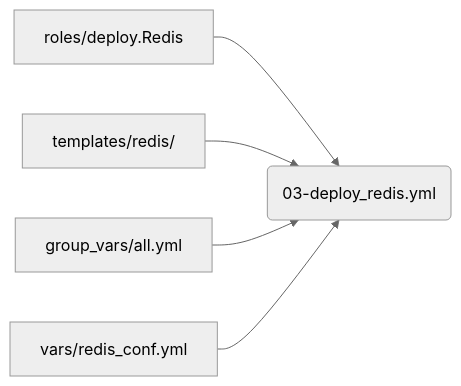
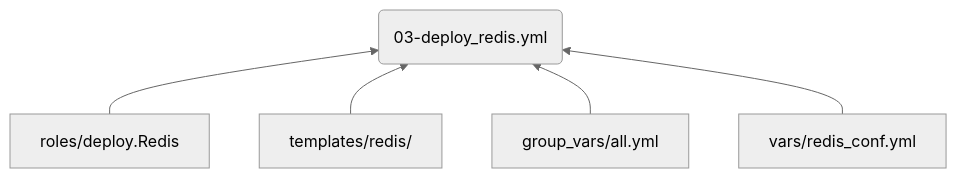
One commit to bottlelee/ansible-elk-deploy changed the second of 2 diagrams in docs/content/step-by-step/08-deploy-redis.md. Above: the diagram before and after it, drawn with Mermaid (neutral theme). The commit also changed other lines of this file and 8 other files, not shown here.

```diff
--- a/docs/content/step-by-step/08-deploy-redis.md
+++ b/docs/content/step-by-step/08-deploy-redis.md
@@ -20,8 +47,8 @@
 {{<mermaid align="left">}}
-graph LR;
-    Playbook(03-deploy_redis.yml)
-    role[roles/deploy.Redis] --> Playbook
-    template[templates/redis/] --> Playbook
-    var1[group_vars/all.yml] --> Playbook
-    var2[vars/redis_conf.yml] --> Playbook
+graph BT
+  Playbook(03-deploy_redis.yml)
+  role[roles/deploy.Redis] --> Playbook
+  template[templates/redis/] --> Playbook
+  var1[group_vars/all.yml] --> Playbook
+  var2[vars/redis_conf.yml] --> Playbook
 {{< /mermaid >}}
```
